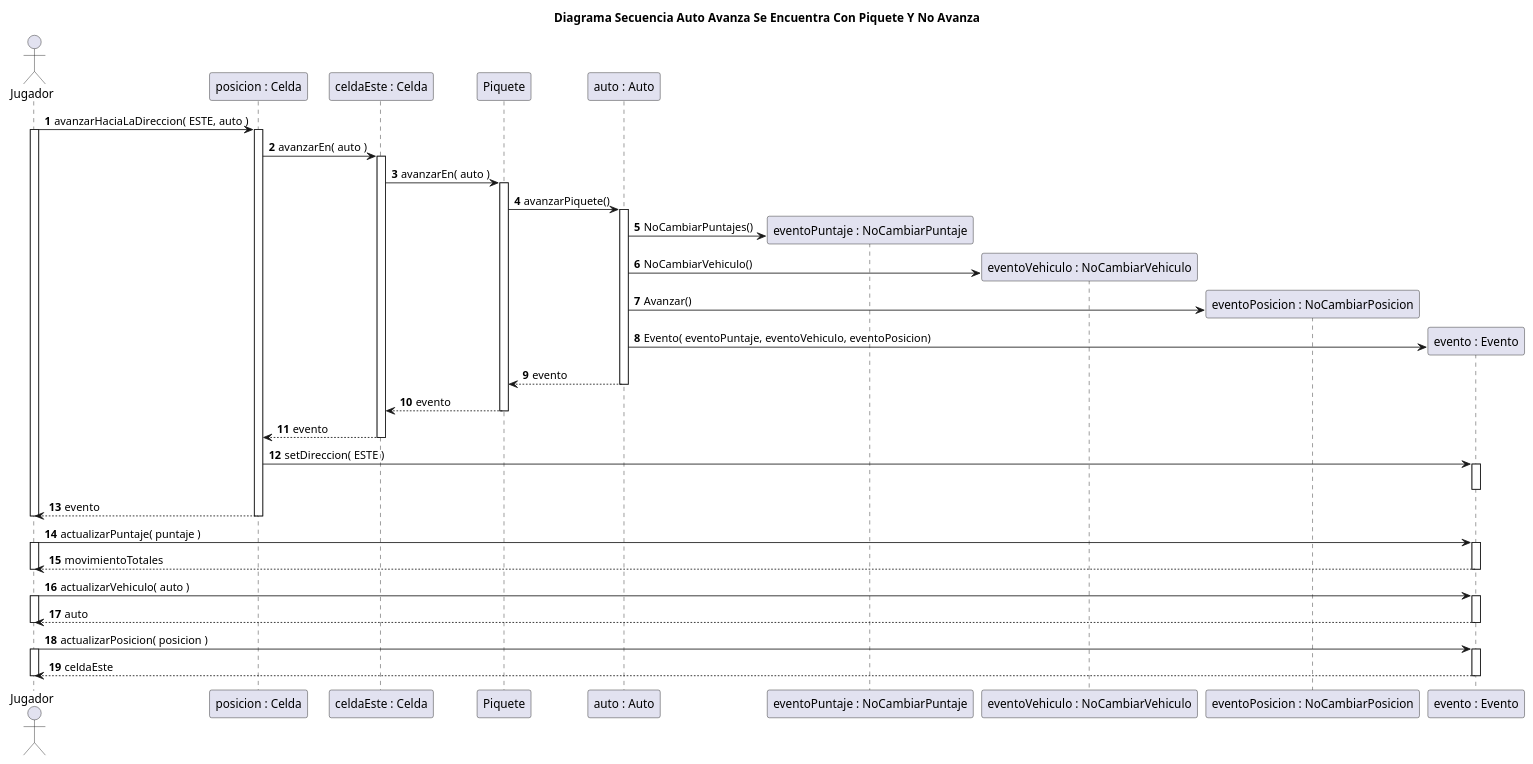
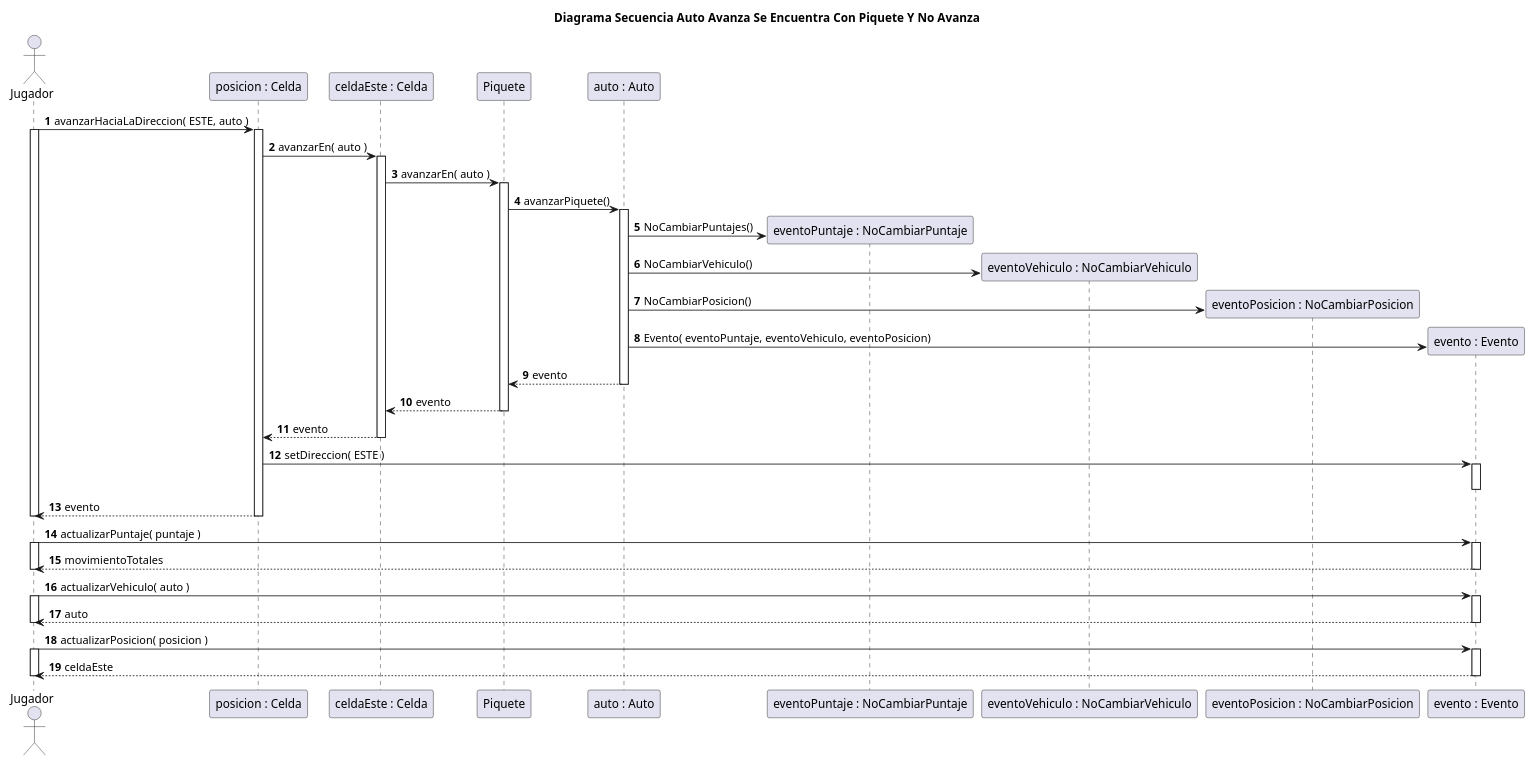
The diagram in diagrams/sequences/entrega1/actualizados/DiagramaSecuenciaCasoConPiqueteEnAuto.puml (rodrigovzq/algo3_tp2), drawn with PlantUML before and after one commit. The commit also changed 24 other files, not shown here.

Commit message:
Detalles de Diagramas Mejorado

```diff
--- a/diagrams/sequences/entrega1/actualizados/DiagramaSecuenciaCasoConPiqueteEnAuto.puml
+++ b/diagrams/sequences/entrega1/actualizados/DiagramaSecuenciaCasoConPiqueteEnAuto.puml
@@ -1,59 +1,60 @@
 @startuml
 title Diagrama Secuencia Auto Avanza Se Encuentra Con Piquete Y No Avanza
 
 autonumber
 
 actor Jugador
 
 Jugador -> "posicion : Celda"++: avanzarHaciaLaDireccion( ESTE, auto )
 
 activate Jugador
 "posicion : Celda" -> "celdaEste : Celda"++: avanzarEn( auto )
 
 
 "celdaEste : Celda" -> Piquete++: avanzarEn( auto )
 Piquete -> "auto : Auto"++: avanzarPiquete()
 
 create "eventoPuntaje : NoCambiarPuntaje"
 "auto : Auto" -> "eventoPuntaje : NoCambiarPuntaje": NoCambiarPuntajes()
 
 create "eventoVehiculo : NoCambiarVehiculo"
 "auto : Auto"  -> "eventoVehiculo : NoCambiarVehiculo": NoCambiarVehiculo()
 
 create "eventoPosicion : NoCambiarPosicion"
-"auto : Auto"  -> "eventoPosicion : NoCambiarPosicion": Avanzar()
+"auto : Auto"  -> "eventoPosicion : NoCambiarPosicion": NoCambiarPosicion()
 
 create "evento : Evento"
 "auto : Auto"  -> "evento : Evento": Evento( eventoPuntaje, eventoVehiculo, eventoPosicion)
 
 "auto : Auto" --> Piquete: evento
 deactivate "auto : Auto"
 
 Piquete --> "celdaEste : Celda": evento
 
 deactivate Piquete
 "celdaEste : Celda" --> "posicion : Celda": evento
 deactivate "celdaEste : Celda"
+
 
 
 "posicion : Celda" -> "evento : Evento"++: setDireccion( ESTE )
 deactivate "evento : Evento"
 "posicion : Celda" --> Jugador--: evento
 deactivate Jugador
 
 
 Jugador -> "evento : Evento"++: actualizarPuntaje( puntaje )
 activate Jugador
 Jugador <-- "evento : Evento"--: movimientoTotales
 deactivate Jugador
 
 Jugador -> "evento : Evento"++: actualizarVehiculo( auto )
 activate Jugador
 Jugador <-- "evento : Evento"--: auto
 deactivate Jugador
 
 Jugador -> "evento : Evento"++: actualizarPosicion( posicion )
 activate Jugador
 Jugador <-- "evento : Evento"--: celdaEste
 deactivate Jugador
 @enduml
```
